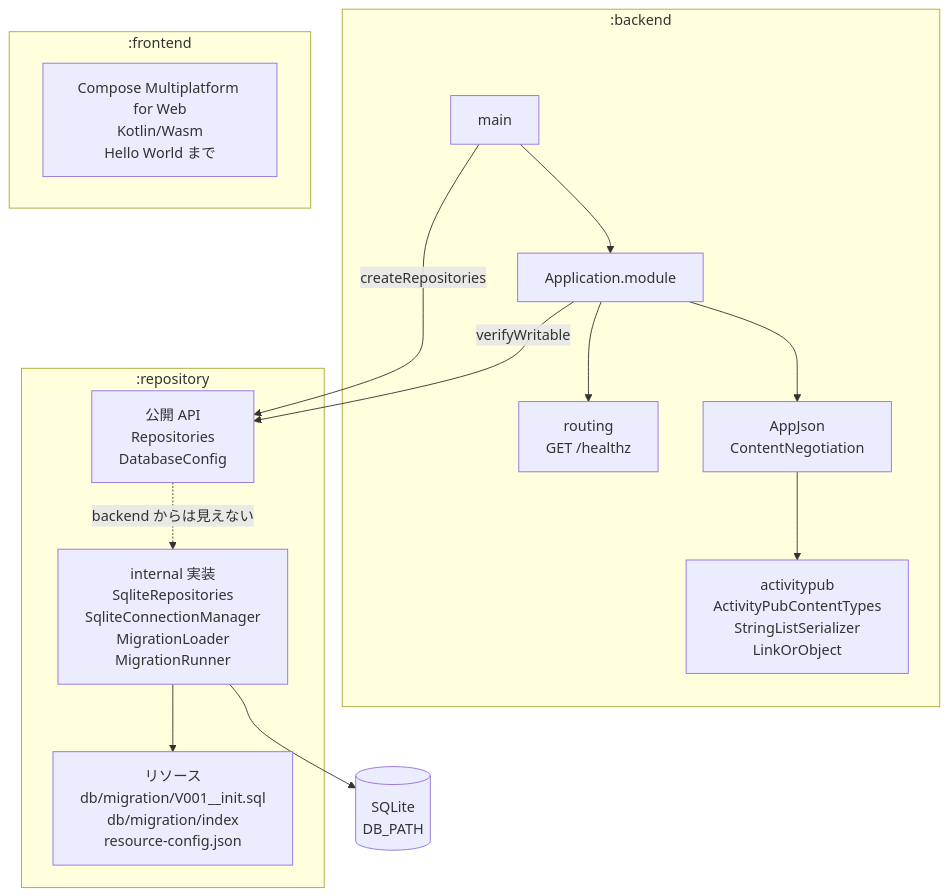
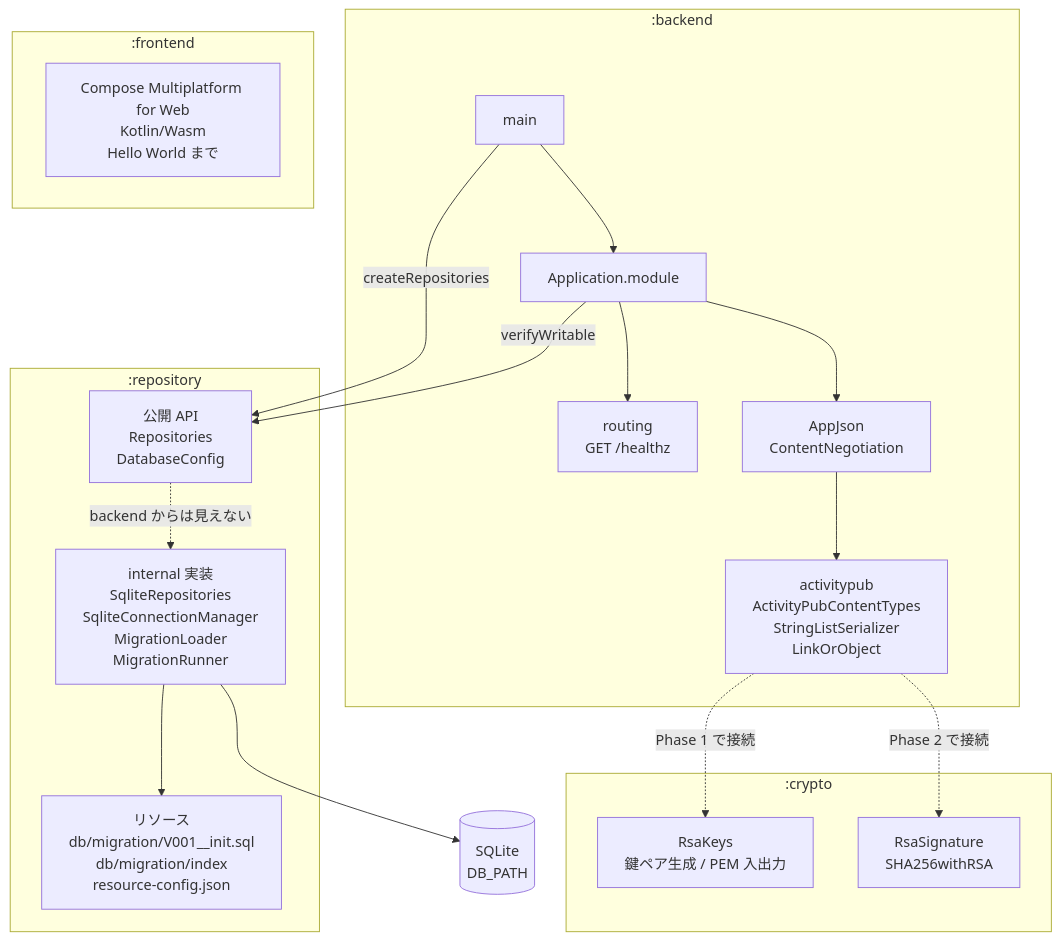
Before and after one commit to matsudamper/mastodon-rss: the first of 2 diagrams in README.md, drawn with Mermaid. The commit also changed other lines of this file and 8 other files, not shown here.

````diff
--- a/README.md
+++ b/README.md
@@ -14,32 +15,39 @@
 ```mermaid
 flowchart TB
     subgraph backend[":backend"]
         main["main"]
         module["Application.module"]
         route["routing<br/>GET /healthz"]
         json["AppJson<br/>ContentNegotiation"]
         ap["activitypub<br/>ActivityPubContentTypes<br/>StringListSerializer<br/>LinkOrObject"]
+    end
+
+    subgraph crypto[":crypto"]
+        keys["RsaKeys<br/>鍵ペア生成 / PEM 入出力"]
+        sign["RsaSignature<br/>SHA256withRSA"]
     end
 
     subgraph repository[":repository"]
         api["公開 API<br/>Repositories<br/>DatabaseConfig"]
         impl["internal 実装<br/>SqliteRepositories<br/>SqliteConnectionManager<br/>MigrationLoader<br/>MigrationRunner"]
         res["リソース<br/>db/migration/V001__init.sql<br/>db/migration/index<br/>resource-config.json"]
     end
 
     subgraph frontend[":frontend"]
         compose["Compose Multiplatform for Web<br/>Kotlin/Wasm<br/>Hello World まで"]
     end
 
     db[("SQLite<br/>DB_PATH")]
 
     main --> module
     module --> json
     module --> route
     json --> ap
     main -->|createRepositories| api
     module -->|verifyWritable| api
     api -.->|backend からは見えない| impl
     impl --> res
     impl --> db
+    ap -.->|Phase 1 で接続| keys
+    ap -.->|Phase 2 で接続| sign
 ```
````
